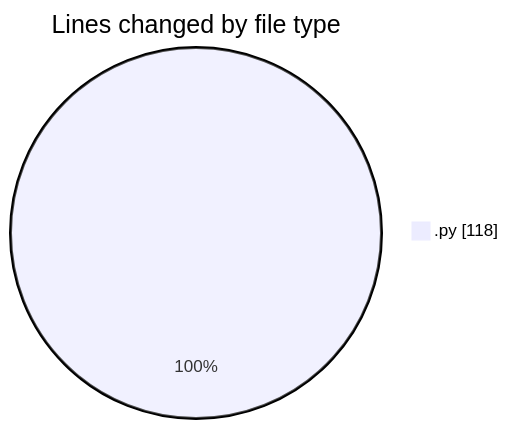
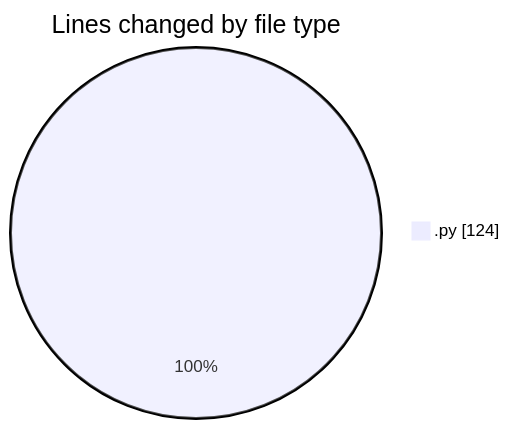
The first of 2 diagrams in 2025-03-30/myws__workspace_/README.md (MatusMokan/code-tracking), drawn with Mermaid before and after one commit. The commit also changed other lines of this file and 1 other file, not shown here.

````diff
--- a/2025-03-30/myws__workspace_/README.md
+++ b/2025-03-30/myws__workspace_/README.md
@@ -20,5 +20,5 @@
 ```mermaid
 pie showData
 title Lines changed by file type
-".py" : 118
+".py" : 124
 ```
````
